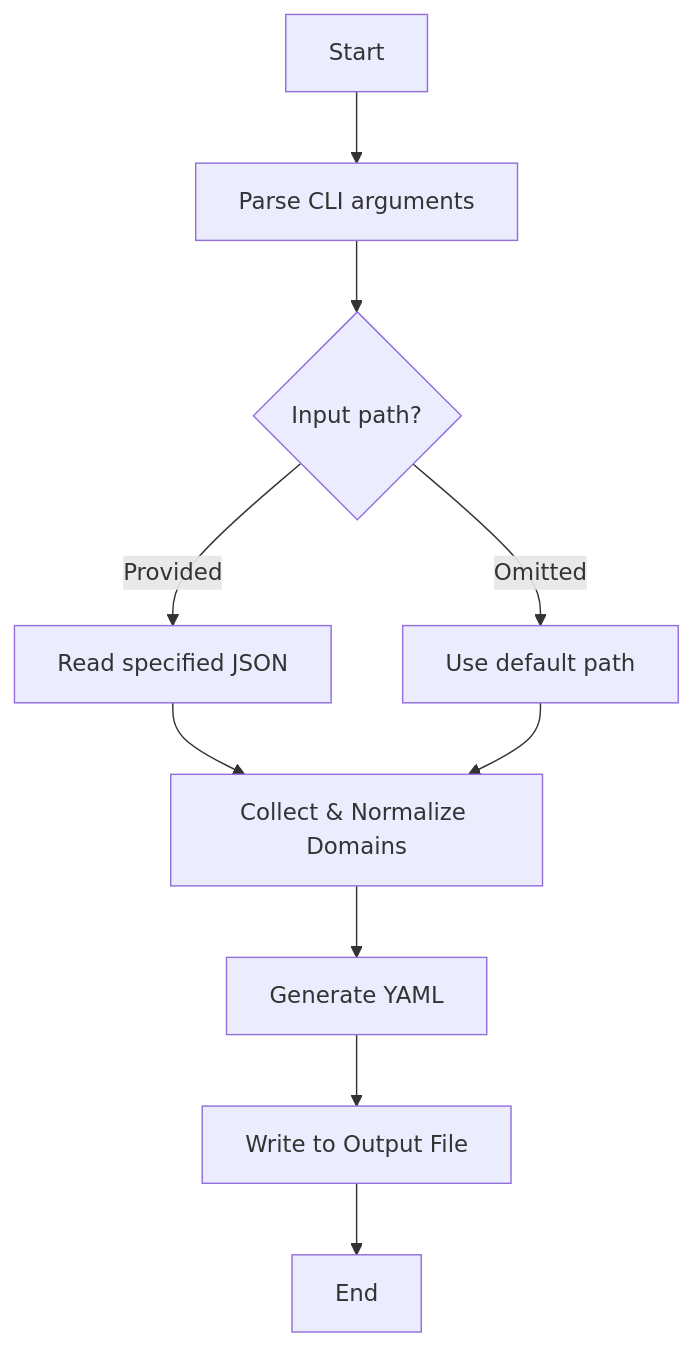
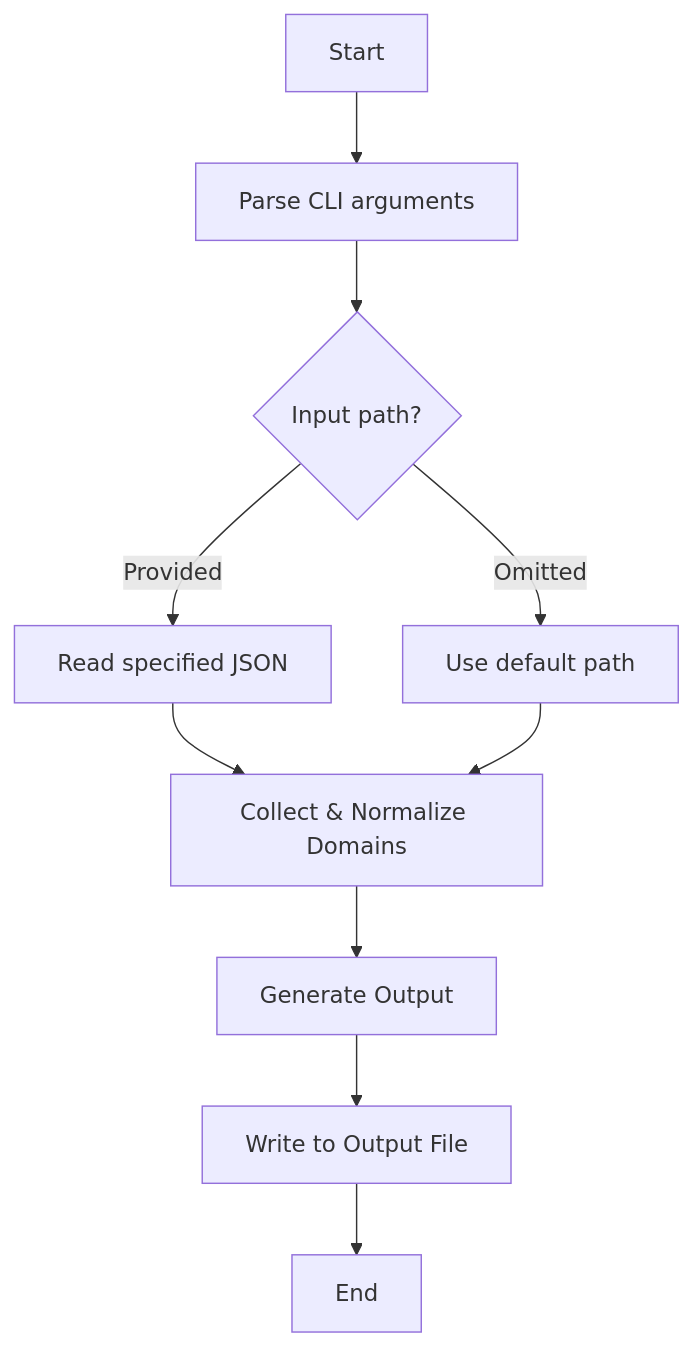
Before and after one commit to lazebird/tvconfig2clash-action: the diagram in README.md, drawn with Mermaid. The commit also changed other lines of this file and 10 other files, not shown here.

````diff
--- a/README.md
+++ b/README.md
@@ -84,11 +125,11 @@
 ```mermaid
 flowchart TD
     A[Start] --> B[Parse CLI arguments]
     B --> C{Input path?}
     C -- Provided --> D[Read specified JSON]
     C -- Omitted --> E[Use default path]
     D & E --> F[Collect & Normalize Domains]
-    F --> G[Generate YAML]
+    F --> G[Generate Output]
     G --> H[Write to Output File]
     H --> I[End]
 ```
````
